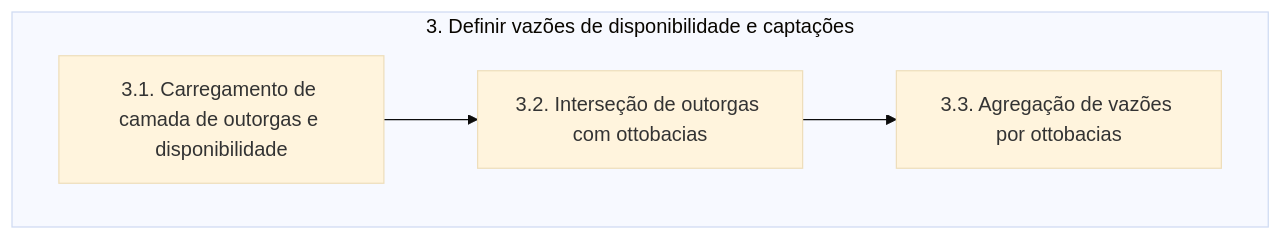
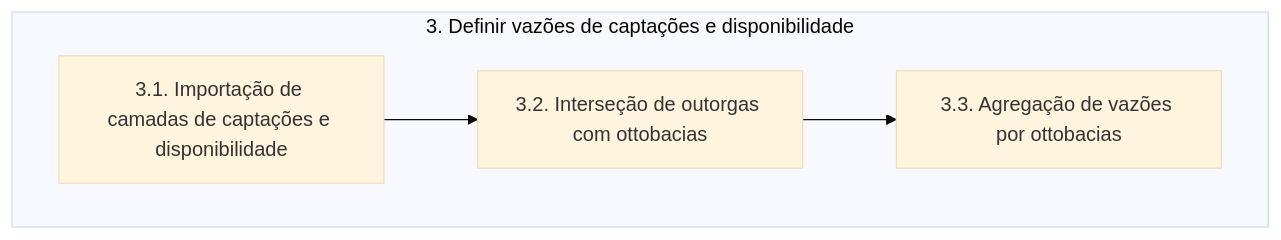
One commit to brunoguterres/ParaibaHidroGIS changed the fourth of 6 diagrams in pyqgis/documentacao.md. Above: the diagram before and after it, drawn with Mermaid (base theme). The commit also changed other lines of this file, not shown here.

````diff
--- a/pyqgis/documentacao.md
+++ b/pyqgis/documentacao.md
@@ -187,8 +188,8 @@
 ```mermaid
     flowchart TD
-    subgraph A[3. Definir vazões de disponibilidade e captações]
-        B[3.1. Carregamento de camada de outorgas e disponibilidade]
-        B --> D[3.2. Interseção de outorgas com ottobacias]
-        D --> E[3.3. Agregação de vazões por ottobacias]
+    subgraph A[3. Definir vazões de captações e disponibilidade]
+        B[3.1. Importação de camadas de captações e disponibilidade]
+        B --> C[3.2. Interseção de outorgas com ottobacias]
+        C --> D[3.3. Agregação de vazões por ottobacias]
     end
 ```
````
